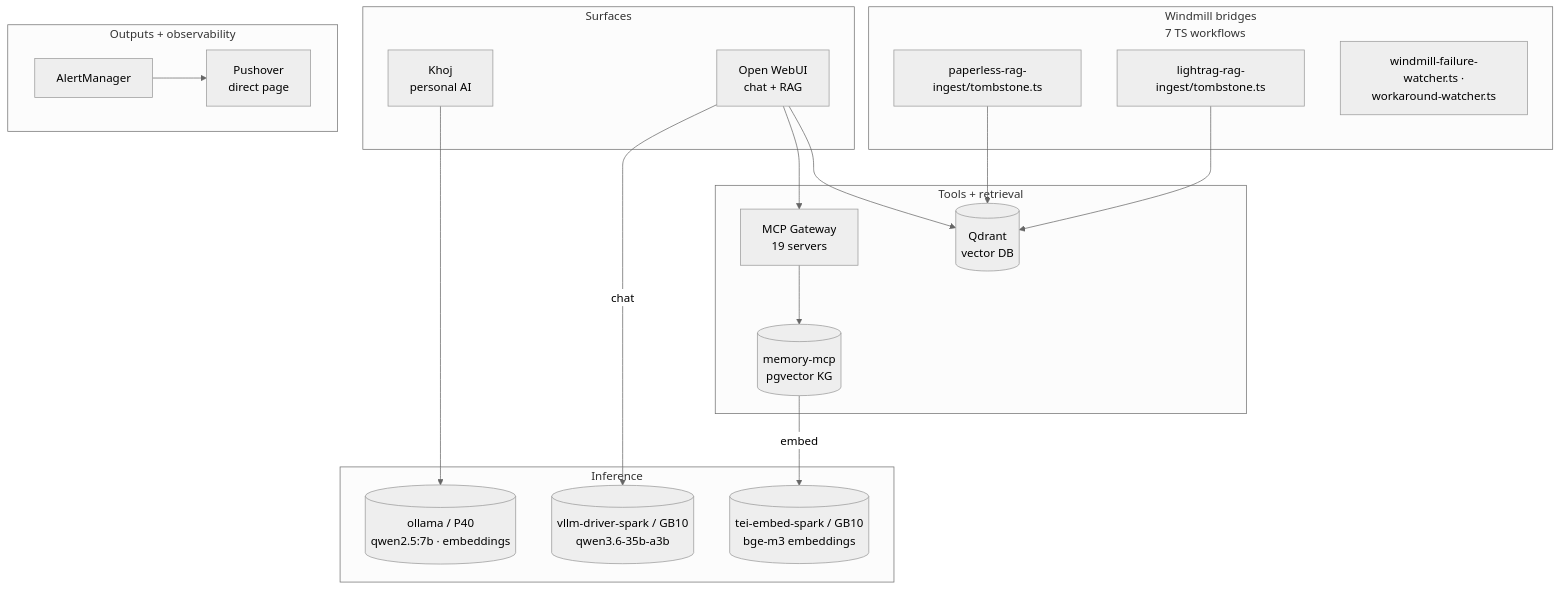
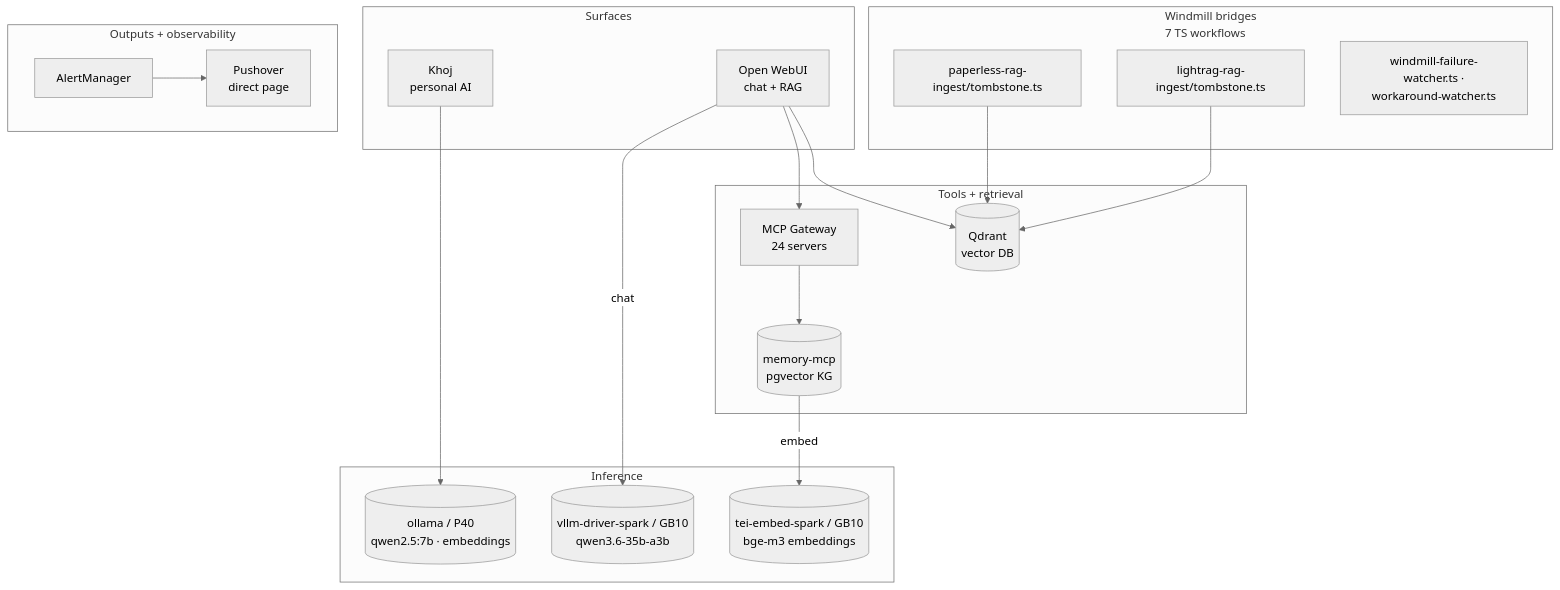
The second of 2 diagrams in README.md (rwlove/home-ops), drawn with Mermaid (neutral theme) before and after one commit. The commit also changed other lines of this file and 41 other files, not shown here.

First line of the commit message:
feat(mcp-gateway): Phase 2 Batch B1a — federate 5 cross-ns MCP backends (#15813)

````diff
--- a/README.md
+++ b/README.md
@@ -317,39 +317,39 @@
 ```mermaid
 flowchart TB
     subgraph Surfaces[Surfaces]
         OWUI[Open WebUI<br/>chat + RAG]
         Khoj[Khoj<br/>personal AI]
     end
 
     subgraph Bridges[Windmill bridges<br/>7 TS workflows]
         WPaperless[paperless-rag-ingest/tombstone.ts]
         WLightrag[lightrag-rag-ingest/tombstone.ts]
         WOther[windmill-failure-watcher.ts ·<br/>workaround-watcher.ts]
     end
 
     subgraph Inference[Inference]
         OllamaP40[(ollama / P40<br/>qwen2.5:7b · embeddings)]
         VllmDriver[(vllm-driver-spark / GB10<br/>qwen3.6-35b-a3b)]
         TeiEmbed[(tei-embed-spark / GB10<br/>bge-m3 embeddings)]
     end
 
     subgraph Tools[Tools + retrieval]
-        Gw[MCP Gateway<br/>19 servers]
+        Gw[MCP Gateway<br/>24 servers]
         Q[(Qdrant<br/>vector DB)]
         Mem[(memory-mcp<br/>pgvector KG)]
     end
 
     subgraph Outputs[Outputs + observability]
         AM[AlertManager]
         Push[Pushover<br/>direct page]
     end
 
     OWUI -->|chat| VllmDriver
     OWUI --> Gw --> Mem
     OWUI --> Q
     Mem -->|embed| TeiEmbed
     Khoj --> OllamaP40
     WPaperless --> Q
     WLightrag --> Q
     AM --> Push
 ```
````
